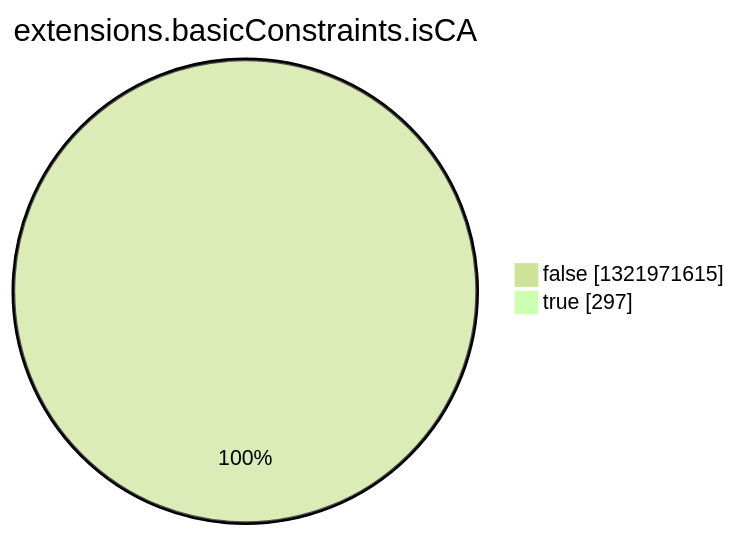
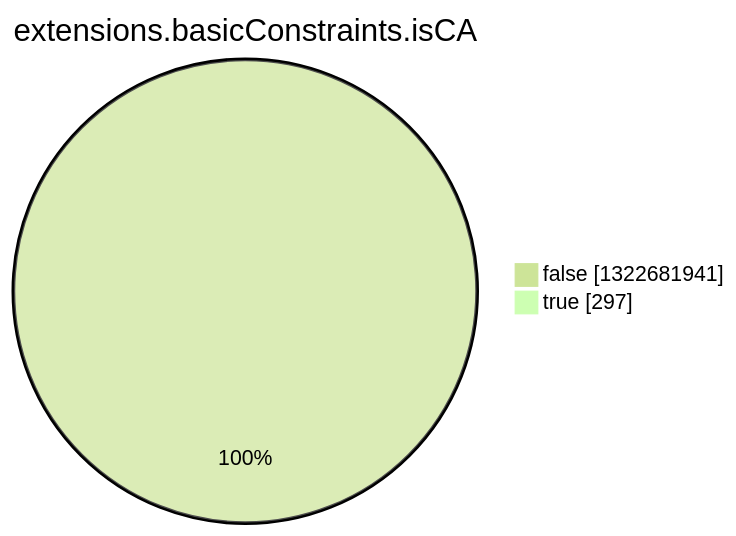
The eighth of 15 diagrams in argon2022/README.md (christiankrug/ctmonitor_visualization), drawn with Mermaid (forest theme) before and after one commit. The commit also changed other lines of this file, not shown here.

````diff
--- a/argon2022/README.md
+++ b/argon2022/README.md
@@ -2758,6 +2758,6 @@
 ```mermaid
 pie showData
 title extensions.basicConstraints.isCA
-"false" :1321971615
+"false" :1322681941
 "true" :297
 ```
````
